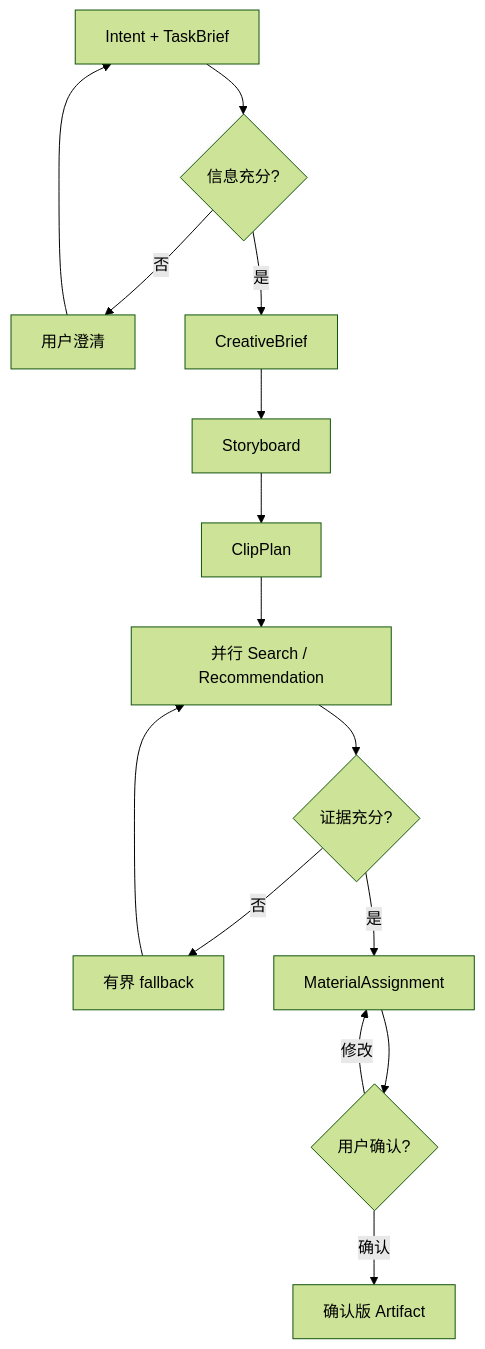
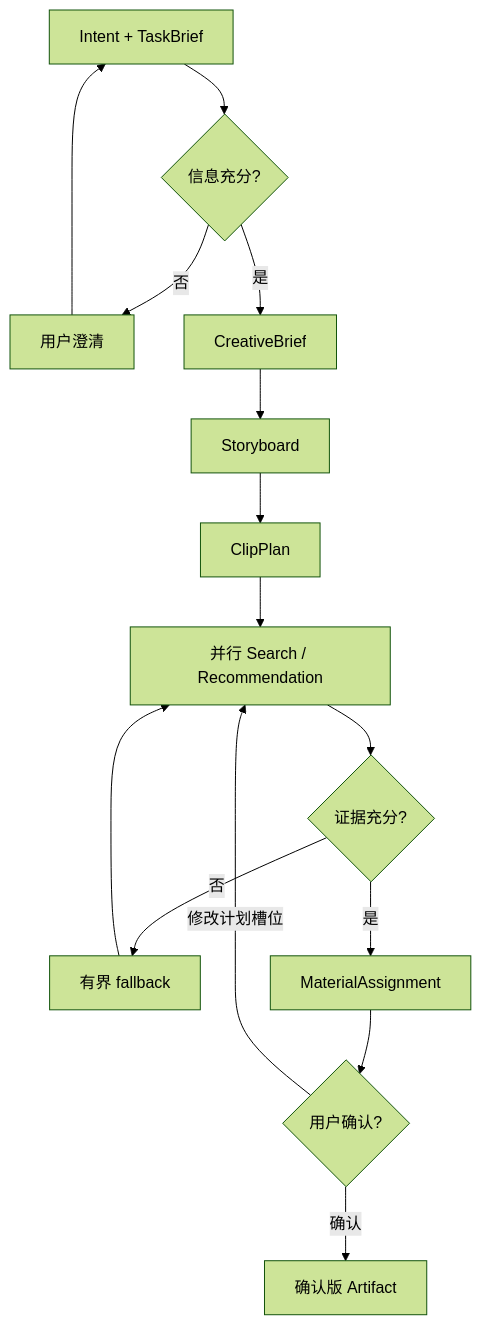
Before and after one commit to human-cosmos/search-rec-docs: the fourth of 4 diagrams in implementation/04_VideoDomainAgent_详细设计与实施手册.md, drawn with Mermaid (forest theme). The commit also changed other lines of this file and 7 other files, not shown here.

Commit message:
docs: align Video/Clip contracts and feedback flow

````diff
--- a/implementation/04_VideoDomainAgent_详细设计与实施手册.md
+++ b/implementation/04_VideoDomainAgent_详细设计与实施手册.md
@@ -403,15 +422,15 @@
 ```mermaid
 flowchart TB
   I[Intent + TaskBrief] --> Q{信息充分?}
   Q -->|否| ASK[用户澄清] --> I
   Q -->|是| CB[CreativeBrief]
   CB --> SB[Storyboard]
   SB --> CP[ClipPlan]
   CP --> R[并行 Search / Recommendation]
   R --> E{证据充分?}
   E -->|否| F[有界 fallback] --> R
   E -->|是| MA[MaterialAssignment]
   MA --> U{用户确认?}
-  U -->|修改| MA
+  U -->|修改计划槽位| R
   U -->|确认| OUT[确认版 Artifact]
 ```
````
